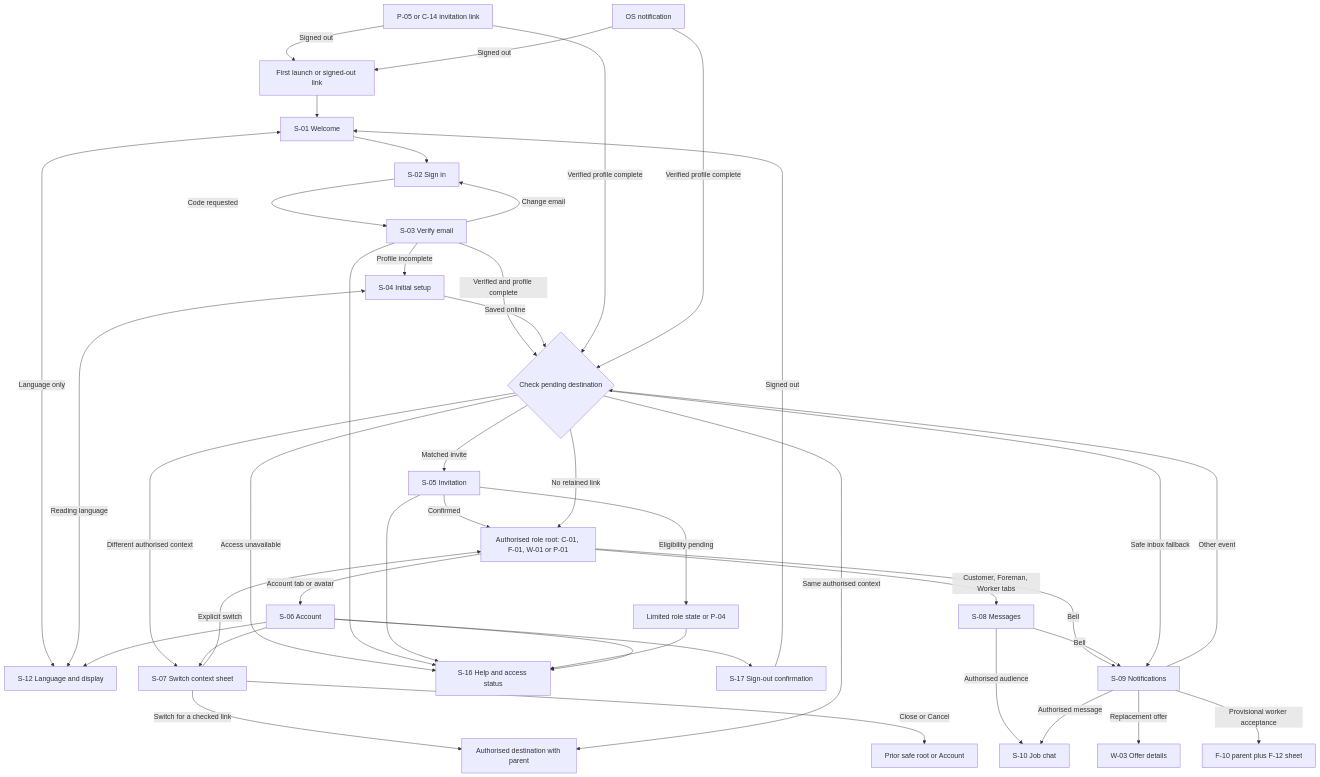
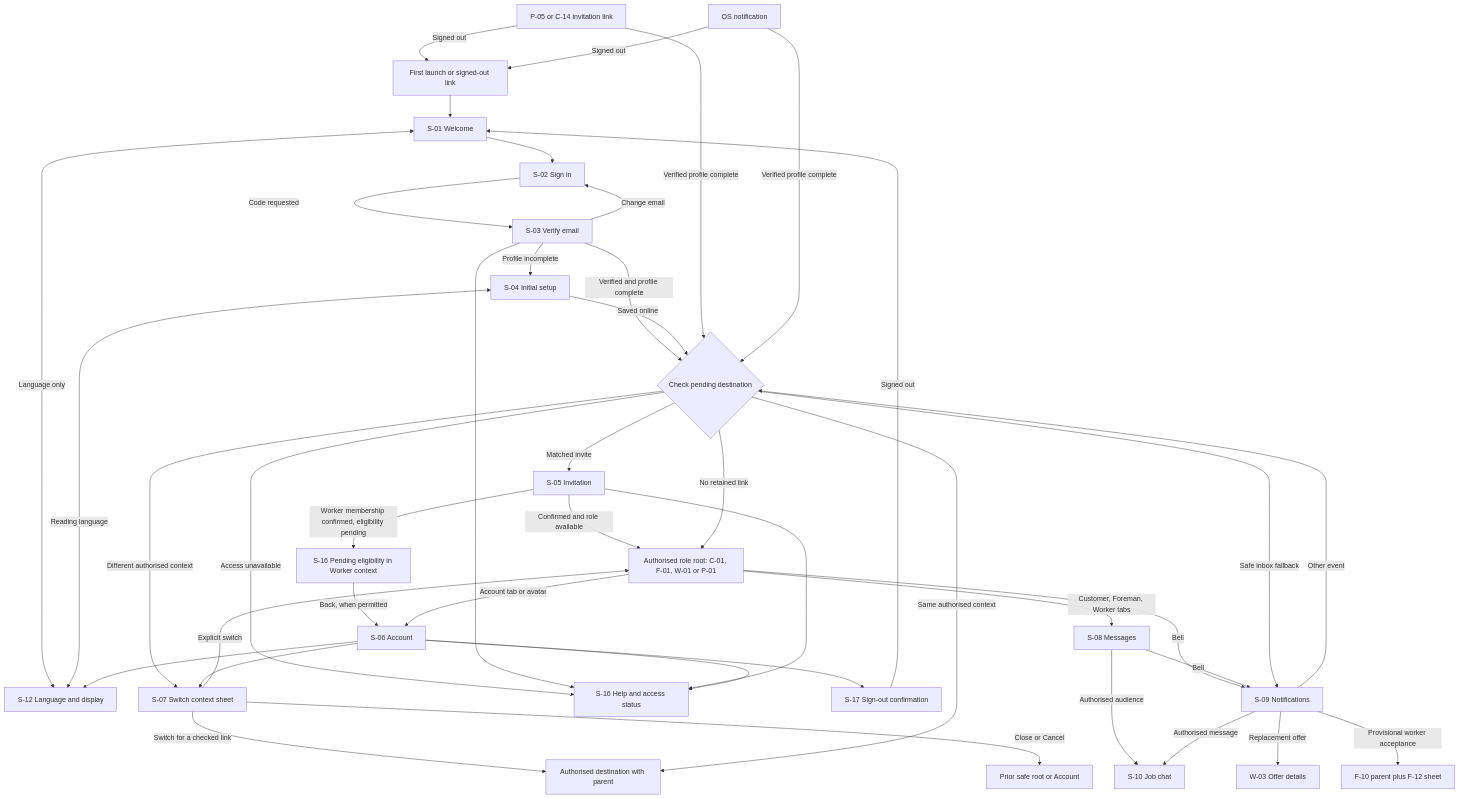
Before and after one commit to Artimunor/bookbuddy: the diagram in design/screens/shared/S-01_S-09-specs.md, drawn with Mermaid. The commit also changed other lines of this file and 49 other files, not shown here.

````diff
--- a/design/screens/shared/S-01_S-09-specs.md
+++ b/design/screens/shared/S-01_S-09-specs.md
@@ -138,44 +142,44 @@
 ```mermaid
 flowchart TD
     Open[First launch or signed-out link] --> Welcome[S-01 Welcome]
     Welcome <-->|Language only| Lang[S-12 Language and display]
     Welcome --> Email[S-02 Sign in]
     Email -->|Code requested| Code[S-03 Verify email]
     Code -->|Change email| Email
     Code -->|Profile incomplete| Setup[S-04 Initial setup]
     Setup <-->|Reading language| Lang
     Code -->|Verified and profile complete| Resolve{Check pending destination}
     Setup -->|Saved online| Resolve
     InviteSource[P-05 or C-14 invitation link] -->|Signed out| Open
     InviteSource -->|Verified profile complete| Resolve
     Resolve -->|Matched invite| Invite[S-05 Invitation]
-    Invite -->|Confirmed| Shell[Authorised role root: C-01, F-01, W-01 or P-01]
-    Invite -->|Eligibility pending| Limited[Limited role state or P-04]
+    Invite -->|Confirmed and role available| Shell[Authorised role root: C-01, F-01, W-01 or P-01]
+    Invite -->|Worker membership confirmed, eligibility pending| Pending[S-16 Pending eligibility in Worker context]
     Resolve -->|No retained link| Shell
     Resolve -->|Different authorised context| Switch[S-07 Switch context sheet]
     Switch -->|Explicit switch| Shell
     Switch -->|Switch for a checked link| Record[Authorised destination with parent]
     Switch -->|Close or Cancel| Prior[Prior safe root or Account]
     Resolve -->|Same authorised context| Record
     Resolve -->|Access unavailable| Help[S-16 Help and access status]
     Code --> Help
     Invite --> Help
-    Limited --> Help
-    Shell -->|Account tab or avatar| Account[S-06 Account]
+    Pending -->|Back, when permitted| Account[S-06 Account]
+    Shell -->|Account tab or avatar| Account
     Account --> Lang
     Account --> Switch
     Account --> Help
     Account --> Confirm[S-17 Sign-out confirmation]
     Confirm -->|Signed out| Welcome
     Shell -->|Customer, Foreman, Worker tabs| Messages[S-08 Messages]
     Messages -->|Authorised audience| Chat[S-10 Job chat]
     Shell -->|Bell| Alerts[S-09 Notifications]
     Messages -->|Bell| Alerts
     Alerts -->|Replacement offer| Offer[W-03 Offer details]
     Alerts -->|Provisional worker acceptance| Cover[F-10 parent plus F-12 sheet]
     Alerts -->|Authorised message| Chat
     Alerts -->|Other event| Resolve
     Push[OS notification] -->|Signed out| Open
     Push -->|Verified profile complete| Resolve
     Resolve -->|Safe inbox fallback| Alerts
 ```
````
